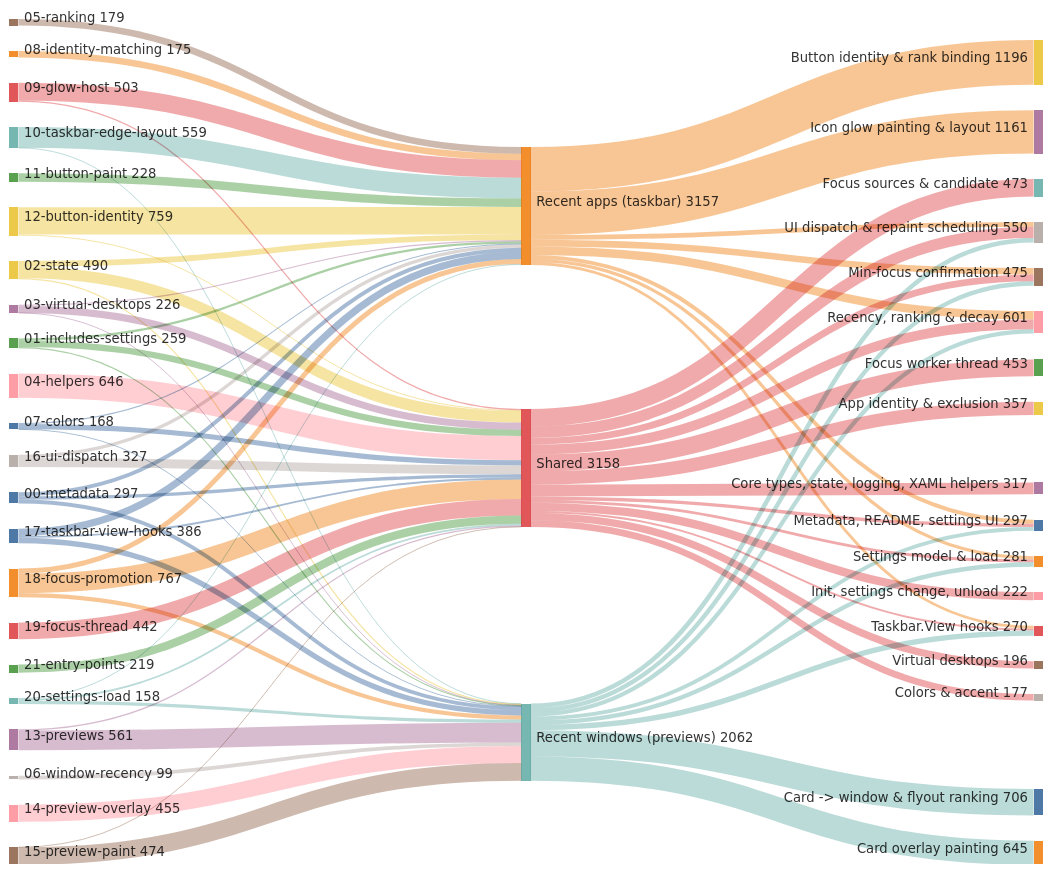
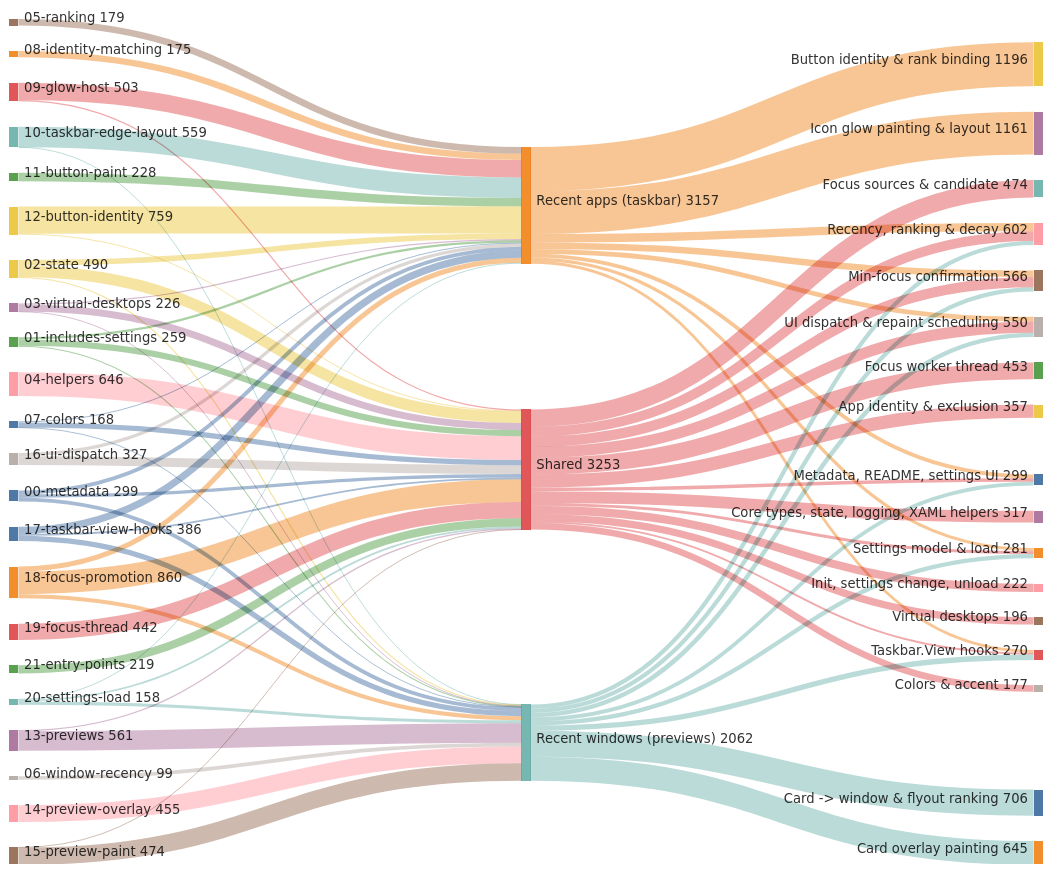
The second of 5 diagrams in doc/code/code-breakdown.md (jvlasek/taskbar-recent-focus-highlight), drawn with Mermaid before and after one commit. The commit also changed other lines of this file and 7 other files, not shown here.

```diff
--- a/doc/code/code-breakdown.md
+++ b/doc/code/code-breakdown.md
@@ -38,7 +38,7 @@
 ---
 sankey-beta
 00-metadata,"Recent apps (taskbar)",105
-00-metadata,"Shared",89
+00-metadata,"Shared",91
 00-metadata,"Recent windows (previews)",103
 01-includes-settings,"Recent apps (taskbar)",61
 01-includes-settings,"Shared",170
@@ -74,7 +74,7 @@
 17-taskbar-view-hooks,"Shared",50
 17-taskbar-view-hooks,"Recent windows (previews)",143
 18-focus-promotion,"Recent apps (taskbar)",134
-18-focus-promotion,"Shared",523
+18-focus-promotion,"Shared",616
 18-focus-promotion,"Recent windows (previews)",110
 19-focus-thread,"Shared",442
 20-settings-load,"Recent apps (taskbar)",26
@@ -89,17 +89,17 @@
 "Recent apps (taskbar)","Metadata, README, settings UI",105
 "Recent apps (taskbar)","Settings model & load",87
 "Recent apps (taskbar)","Taskbar.View hooks",77
-"Shared","Focus sources & candidate",473
+"Shared","Focus sources & candidate",474
 "Shared","Focus worker thread",453
 "Shared","App identity & exclusion",357
 "Shared","Core types, state, logging, XAML helpers",317
 "Shared","UI dispatch & repaint scheduling",300
-"Shared","Recency, ranking & decay",261
+"Shared","Min-focus confirmation",276
+"Shared","Recency, ranking & decay",262
 "Shared","Init, settings change, unload",222
 "Shared","Virtual desktops",196
-"Shared","Min-focus confirmation",185
 "Shared","Colors & accent",177
-"Shared","Metadata, README, settings UI",89
+"Shared","Metadata, README, settings UI",91
 "Shared","Settings model & load",78
 "Shared","Taskbar.View hooks",50
 "Recent windows (previews)","Card -> window & flyout ranking",706
```
